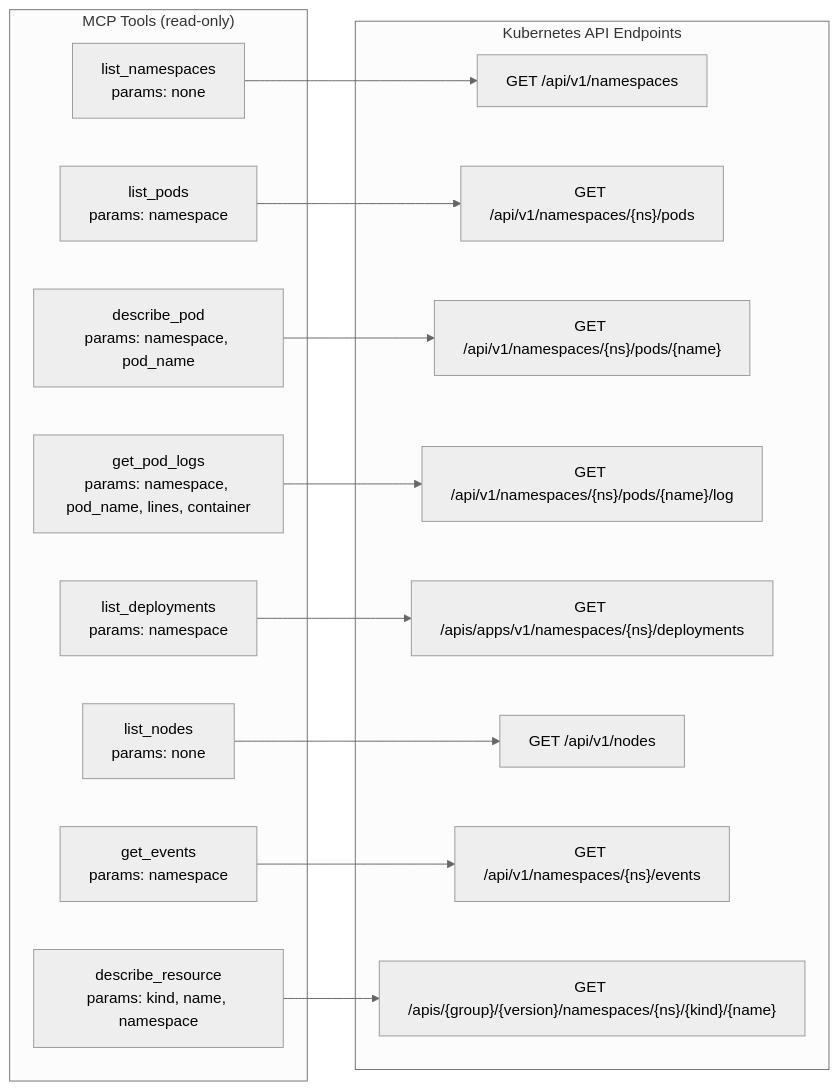
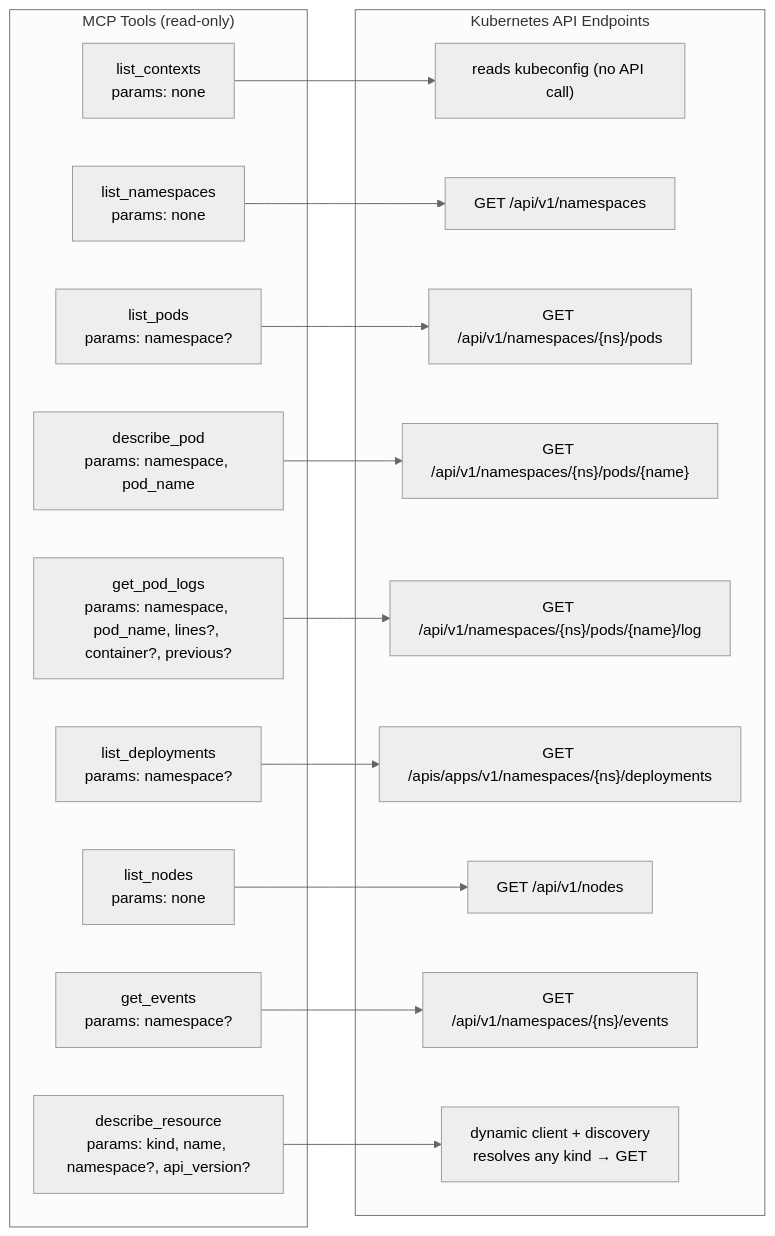
Before and after one commit to 1Shubham7/kubeaid-mcp: the sixth of 8 diagrams in design.md, drawn with Mermaid (neutral theme). The commit also changed other lines of this file and 5 other files, not shown here.

````diff
--- a/design.md
+++ b/design.md
@@ -182,33 +186,36 @@
 ```mermaid
 flowchart LR
     subgraph tools ["MCP Tools (read-only)"]
+        t0["list_contexts\nparams: none"]
         t1["list_namespaces\nparams: none"]
-        t2["list_pods\nparams: namespace"]
+        t2["list_pods\nparams: namespace?"]
         t3["describe_pod\nparams: namespace, pod_name"]
-        t4["get_pod_logs\nparams: namespace, pod_name, lines, container"]
-        t5["list_deployments\nparams: namespace"]
+        t4["get_pod_logs\nparams: namespace, pod_name, lines?, container?, previous?"]
+        t5["list_deployments\nparams: namespace?"]
         t6["list_nodes\nparams: none"]
-        t7["get_events\nparams: namespace"]
-        t8["describe_resource\nparams: kind, name, namespace"]
+        t7["get_events\nparams: namespace?"]
+        t8["describe_resource\nparams: kind, name, namespace?, api_version?"]
     end
 
     subgraph k8s_api ["Kubernetes API Endpoints"]
+        e0["reads kubeconfig (no API call)"]
         e1["GET /api/v1/namespaces"]
         e2["GET /api/v1/namespaces/{ns}/pods"]
         e3["GET /api/v1/namespaces/{ns}/pods/{name}"]
         e4["GET /api/v1/namespaces/{ns}/pods/{name}/log"]
         e5["GET /apis/apps/v1/namespaces/{ns}/deployments"]
         e6["GET /api/v1/nodes"]
         e7["GET /api/v1/namespaces/{ns}/events"]
-        e8["GET /apis/{group}/{version}/namespaces/{ns}/{kind}/{name}"]
+        e8["dynamic client + discovery\nresolves any kind → GET"]
     end
 
+    t0 --> e0
     t1 --> e1
     t2 --> e2
     t3 --> e3
     t4 --> e4
     t5 --> e5
     t6 --> e6
     t7 --> e7
     t8 --> e8
 ```
````
